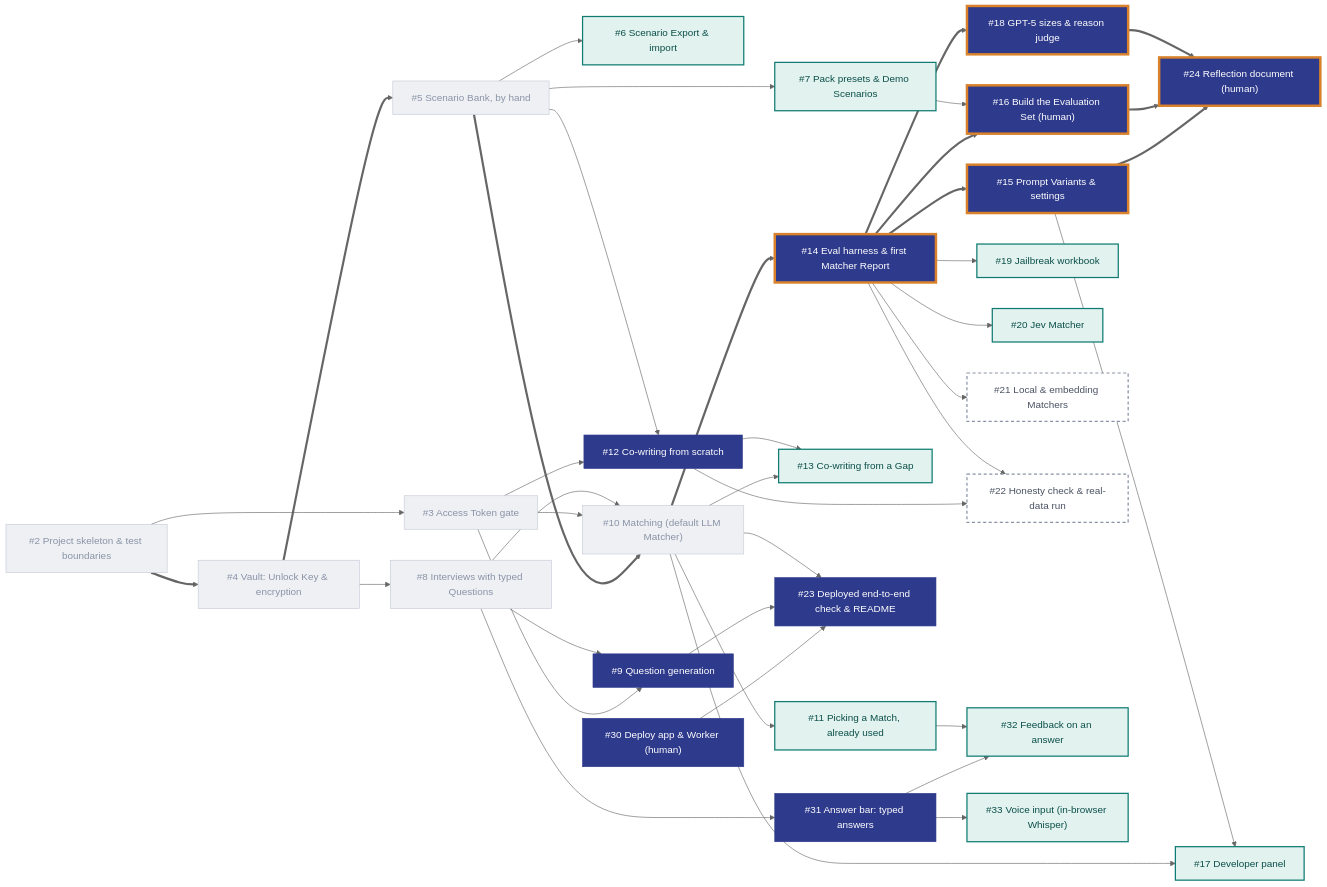
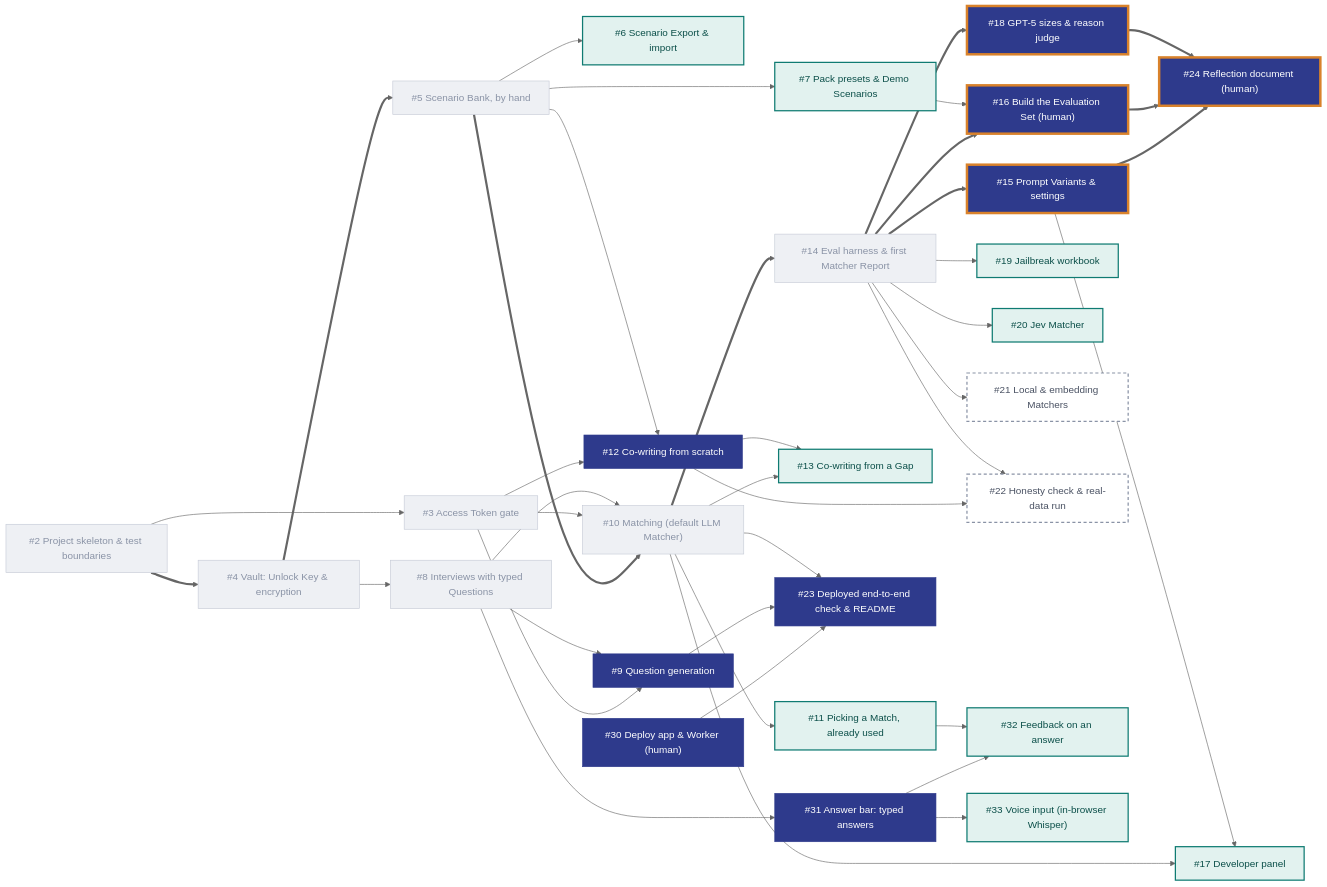
The diagram in README.md (DerykHopley/interview-helper), drawn with Mermaid (neutral theme) before and after one commit. The commit also changed 37 other files, not shown here.

````diff
--- a/README.md
+++ b/README.md
@@ -13,63 +13,63 @@
 ```mermaid
 flowchart LR
   T2["#2 Project skeleton & test boundaries"]
   T3["#3 Access Token gate"]
   T4["#4 Vault: Unlock Key & encryption"]
   T5["#5 Scenario Bank, by hand"]
   T6["#6 Scenario Export & import"]
   T7["#7 Pack presets & Demo Scenarios"]
   T8["#8 Interviews with typed Questions"]
   T9["#9 Question generation"]
   T10["#10 Matching (default LLM Matcher)"]
   T11["#11 Picking a Match, already used"]
   T12["#12 Co-writing from scratch"]
   T13["#13 Co-writing from a Gap"]
   T14["#14 Eval harness & first Matcher Report"]
   T15["#15 Prompt Variants & settings"]
   T16["#16 Build the Evaluation Set (human)"]
   T17["#17 Developer panel"]
   T18["#18 GPT-5 sizes & reason judge"]
   T19["#19 Jailbreak workbook"]
   T20["#20 Jev Matcher"]
   T21["#21 Local & embedding Matchers"]
   T22["#22 Honesty check & real-data run"]
   T23["#23 Deployed end-to-end check & README"]
   T24["#24 Reflection document (human)"]
   T30["#30 Deploy app & Worker (human)"]
   T31["#31 Answer bar: typed answers"]
   T32["#32 Feedback on an answer"]
   T33["#33 Voice input (in-browser Whisper)"]
 
   %% critical path (thick arrows)
   T2 ==> T4 ==> T5 ==> T10 ==> T14
   T14 ==> T15 ==> T24
   T14 ==> T16 ==> T24
   T14 ==> T18 ==> T24
 
   %% other dependencies
   T2 --> T3
   T3 --> T9 & T10 & T12
   T4 --> T8
   T5 --> T6 & T7 & T12
   T8 --> T9 & T10 & T31
   T10 --> T11 & T13 & T17
   T12 --> T13 & T22
   T7 --> T16
   T14 --> T19 & T20 & T21 & T22
   T15 --> T17
   T31 --> T32 & T33
   T11 --> T32
   T30 & T9 & T10 --> T23
 
   classDef done fill:#EEF0F4,color:#8A93A6,stroke:#C5CAD6,stroke-width:1px
   classDef must fill:#2E3A8C,color:#fff,stroke:#2E3A8C
   classDef mustcrit fill:#2E3A8C,color:#fff,stroke:#D9822B,stroke-width:4px
   classDef should fill:#E2F2EF,color:#0B4F49,stroke:#0F7B72,stroke-width:2px
   classDef could fill:#fff,color:#4A5263,stroke:#8A93A6,stroke-width:2px,stroke-dasharray:5 4
 
-  class T2,T3,T4,T5,T8,T10 done
-  class T14,T15,T16,T18,T24 mustcrit
+  class T2,T3,T4,T5,T8,T10,T14 done
+  class T15,T16,T18,T24 mustcrit
   class T9,T12,T23,T30,T31 must
   class T6,T7,T11,T13,T17,T19,T20,T32,T33 should
   class T21,T22 could
 ```
````
